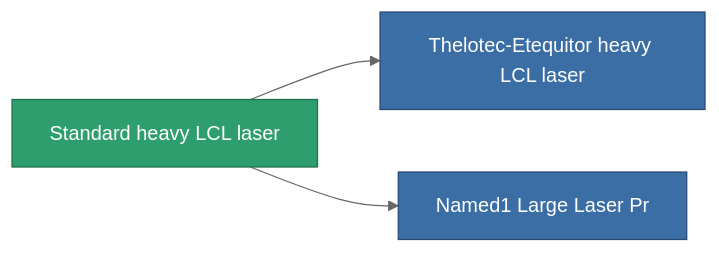
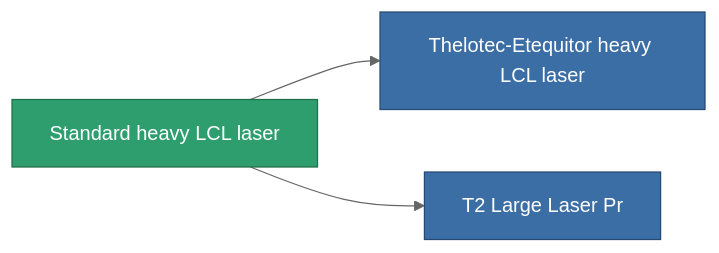
The diagram in content/content/items/standard_large_laser.md (OpenPerpetuum/Wiki), drawn with Mermaid (neutral theme) before and after one commit. The commit also changed other lines of this file and 4904 other files, not shown here.

````diff
--- a/content/content/items/standard_large_laser.md
+++ b/content/content/items/standard_large_laser.md
@@ -61,13 +49,13 @@
 ```mermaid
 graph LR
     a["Standard heavy LCL laser"]:::current
     b["Thelotec-Etequitor heavy LCL laser"]:::prod
     a --> b
     click b "/content/items/named1-large-laser/" "Thelotec-Etequitor heavy LCL laser"
-    c["Named1 Large Laser Pr"]:::prod
+    c["T2 Large Laser Pr"]:::prod
     a --> c
-    click c "/content/items/named1-large-laser-pr/" "Named1 Large Laser Pr"
+    click c "/content/items/named1-large-laser-pr/" "T2 Large Laser Pr"
     classDef current fill:#2f9e6f,stroke:#1f6f4a,color:#ffffff
     classDef prod fill:#3b6ea5,stroke:#274a75,color:#ffffff
     classDef more fill:#39445a,stroke:#54658a,color:#d5dbe8
 ```
````
